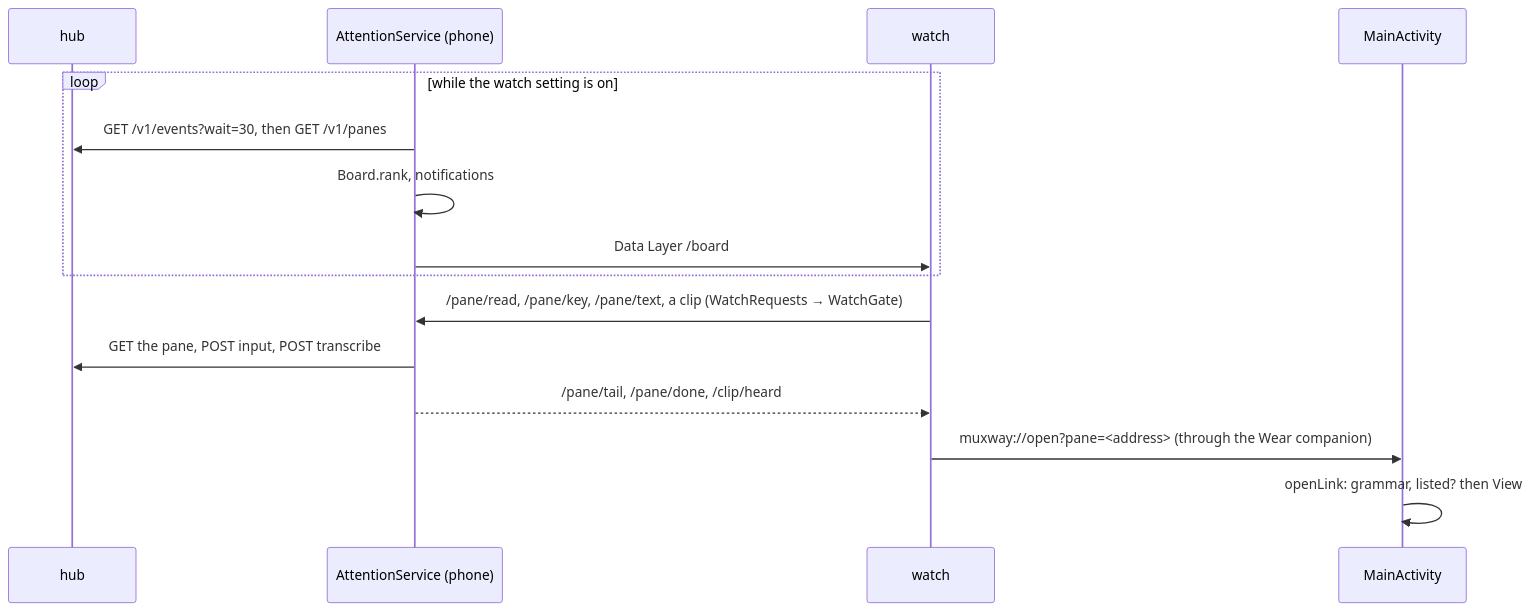
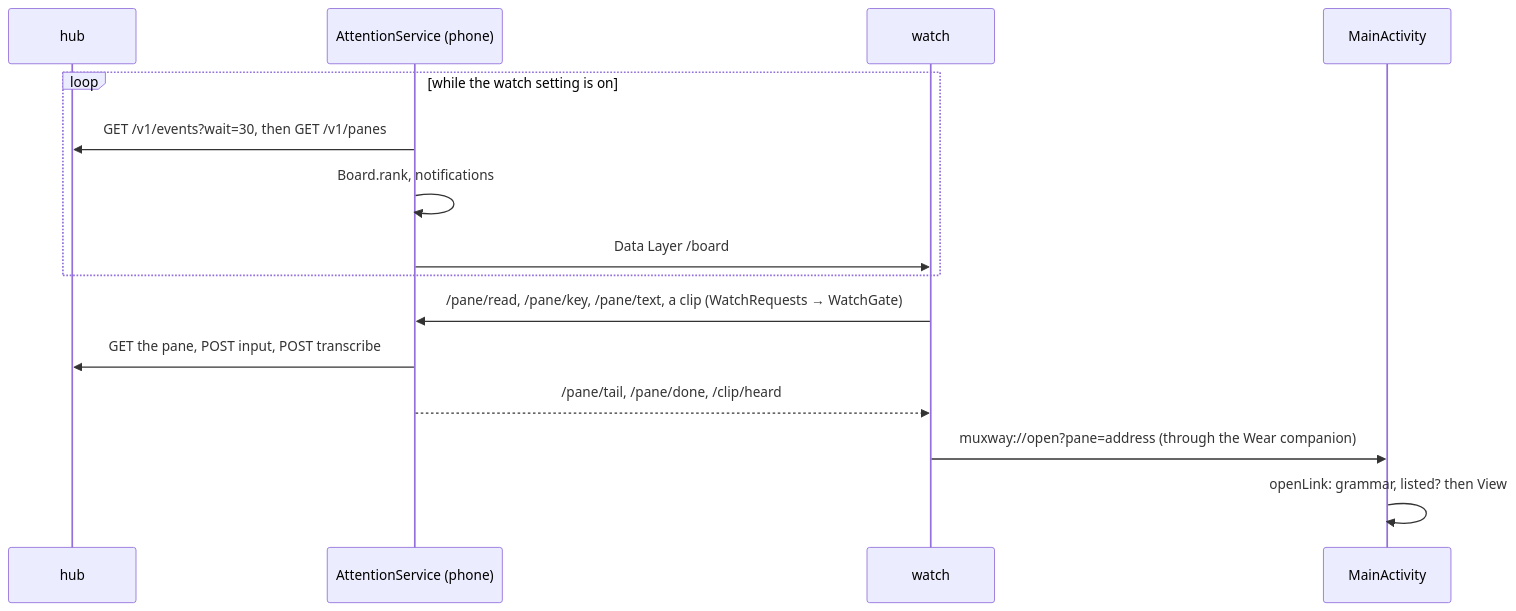
Before and after one commit to notmarkopadjen/muxway-android: the fifth of 5 diagrams in docs/ARCHITECTURE.md, drawn with Mermaid. The commit also changed other lines of this file, not shown here.

First line of the commit message:
Architecture: the protocol features the app uses, in one table

````diff
--- a/docs/ARCHITECTURE.md
+++ b/docs/ARCHITECTURE.md
@@ -112,17 +112,17 @@
 ```mermaid
 sequenceDiagram
     participant H as hub
     participant S as AttentionService (phone)
     participant W as watch
     participant A as MainActivity
     loop while the watch setting is on
         S->>H: GET /v1/events?wait=30, then GET /v1/panes
         S->>S: Board.rank, notifications
         S->>W: Data Layer /board
     end
     W->>S: /pane/read, /pane/key, /pane/text, a clip (WatchRequests → WatchGate)
     S->>H: GET the pane, POST input, POST transcribe
     S-->>W: /pane/tail, /pane/done, /clip/heard
-    W->>A: muxway://open?pane=<address> (through the Wear companion)
+    W->>A: muxway://open?pane=address (through the Wear companion)
     A->>A: openLink: grammar, listed? then View
 ```
````
